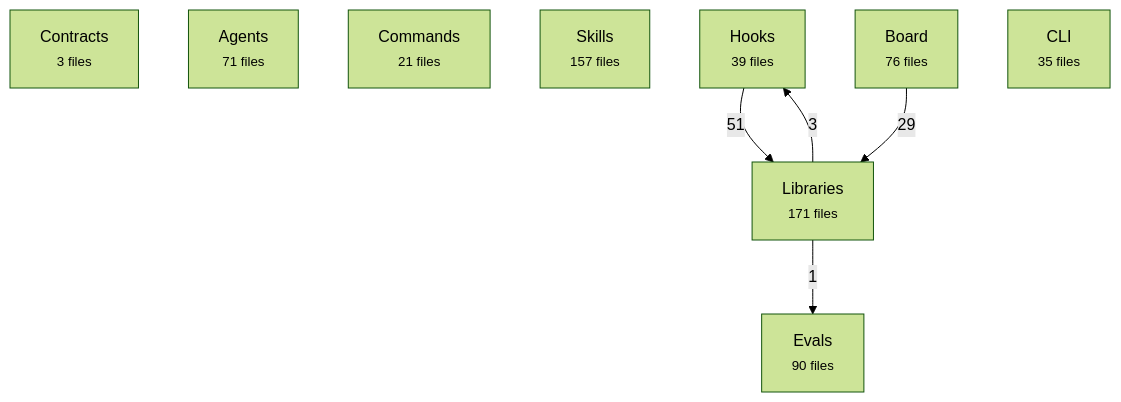
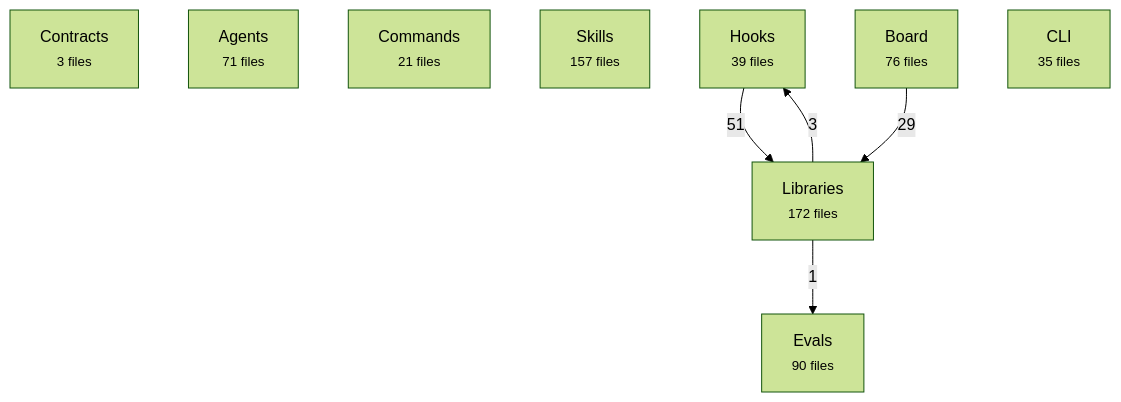
The first of 2 diagrams in docs/reference/architecture-map.md (avelikiy/great_cto), drawn with Mermaid (forest theme) before and after one commit. The commit also changed other lines of this file and 6 other files, not shown here.

````diff
--- a/docs/reference/architecture-map.md
+++ b/docs/reference/architecture-map.md
@@ -20,16 +20,16 @@
 ```mermaid
 flowchart TD
   contracts["Contracts<br/><small>3 files</small>"]
   agents["Agents<br/><small>71 files</small>"]
   commands["Commands<br/><small>21 files</small>"]
   skills["Skills<br/><small>157 files</small>"]
   hooks["Hooks<br/><small>39 files</small>"]
-  libs["Libraries<br/><small>171 files</small>"]
+  libs["Libraries<br/><small>172 files</small>"]
   board["Board<br/><small>76 files</small>"]
   cli["CLI<br/><small>35 files</small>"]
   evals["Evals<br/><small>90 files</small>"]
   hooks -->|51| libs
   board -->|29| libs
   libs -->|3| hooks
   libs -->|1| evals
 ```
````
